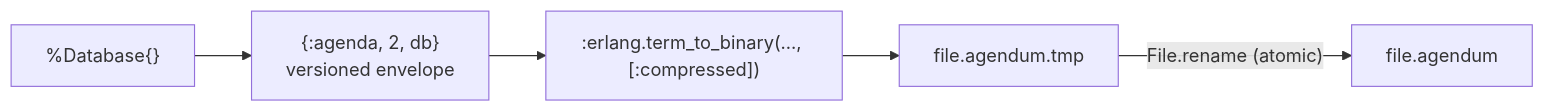
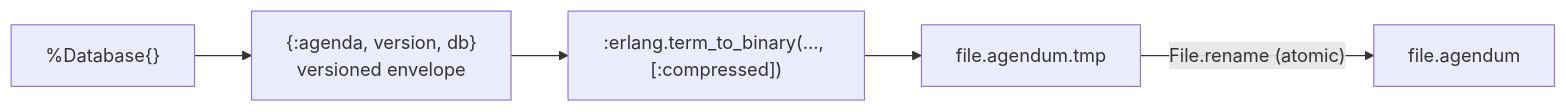
Before and after one commit to jamting/agendum: the sixth of 6 diagrams in docs/DATA_MODEL.md, drawn with Mermaid. The commit also changed other lines of this file and 9 other files, not shown here.

````diff
--- a/docs/DATA_MODEL.md
+++ b/docs/DATA_MODEL.md
@@ -556,7 +556,7 @@
 ```mermaid
 flowchart LR
-    DB["%Database{}"] --> T["{:agenda, 2, db}<br/>versioned envelope"]
+    DB["%Database{}"] --> T["{:agenda, version, db}<br/>versioned envelope"]
     T --> B[":erlang.term_to_binary(…, [:compressed])"]
     B --> TMP["file.agendum.tmp"]
     TMP -- "File.rename (atomic)" --> F["file.agendum"]
 ```
````
